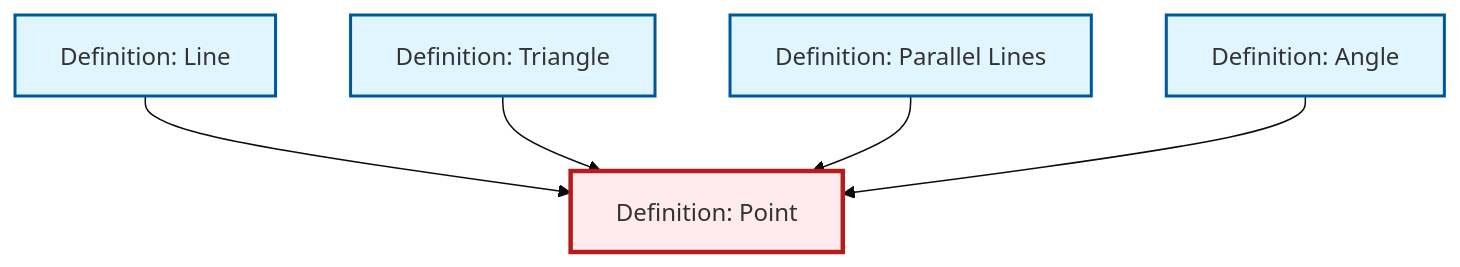
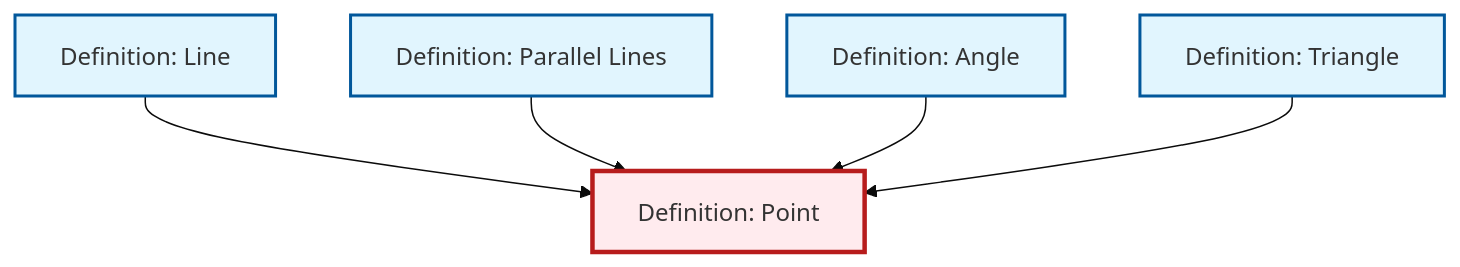
Before and after one commit to RK0429/ModernMath: the diagram in content/en/geometry/def-point.qmd, drawn with Mermaid (base theme). The commit also changed other lines of this file and 531 other files, not shown here.

````diff
--- a/content/en/geometry/def-point.qmd
+++ b/content/en/geometry/def-point.qmd
@@ -39,23 +39,23 @@
 ```{mermaid}
 %%| fig-cap: "Local dependency graph"
 graph TD
     classDef definition fill:#e1f5fe,stroke:#01579b,stroke-width:2px
     classDef theorem fill:#f3e5f5,stroke:#4a148c,stroke-width:2px
     classDef axiom fill:#fff3e0,stroke:#e65100,stroke-width:2px
     classDef example fill:#e8f5e9,stroke:#1b5e20,stroke-width:2px
     classDef current fill:#ffebee,stroke:#b71c1c,stroke-width:3px
+    def-line["Definition: Line"]:::definition
     def-angle["Definition: Angle"]:::definition
+    def-parallel["Definition: Parallel Lines"]:::definition
     def-point["Definition: Point"]:::definition
-    def-parallel["Definition: Parallel Lines"]:::definition
-    def-line["Definition: Line"]:::definition
     def-triangle["Definition: Triangle"]:::definition
     def-line --> def-point
-    def-triangle --> def-point
     def-parallel --> def-point
     def-angle --> def-point
+    def-triangle --> def-point
     class def-point current
+    click def-line "def-line.html" "Go to Line definition"
     click def-angle "def-angle.html" "Go to Angle definition"
     click def-parallel "def-parallel.html" "Go to Parallel Lines definition"
-    click def-line "def-line.html" "Go to Line definition"
     click def-triangle "def-triangle.html" "Go to Triangle definition"
 ```
````
